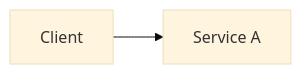
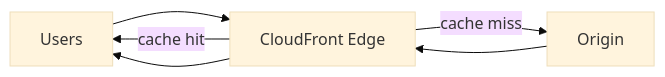
One commit to niceguy61/aws-saa-lecture-2026 changed the diagram in aws-saa/week03-domain03-high-performing-architectures/day02/01-theory.md. Above: the diagram before and after it, drawn with Mermaid (base theme). The commit also changed other lines of this file and 15 other files, not shown here.

````diff
--- a/aws-saa/week03-domain03-high-performing-architectures/day02/01-theory.md
+++ b/aws-saa/week03-domain03-high-performing-architectures/day02/01-theory.md
@@ -22,4 +22,7 @@
 ```mermaid
 flowchart LR
-  A[Client] --> B[Service A]
+  U[Users] --> CF[CloudFront Edge]
+  CF -->|cache hit| U
+  CF -->|cache miss| O[Origin]
+  O --> CF --> U
 ```
````
